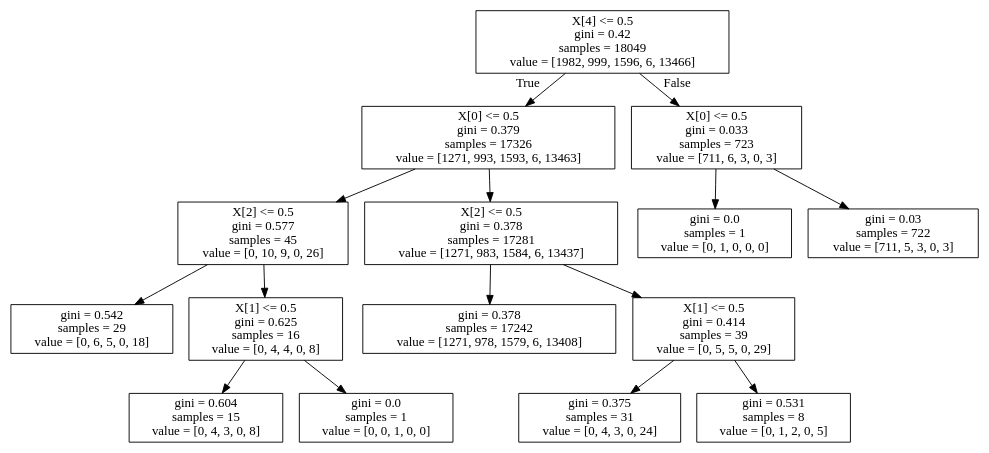
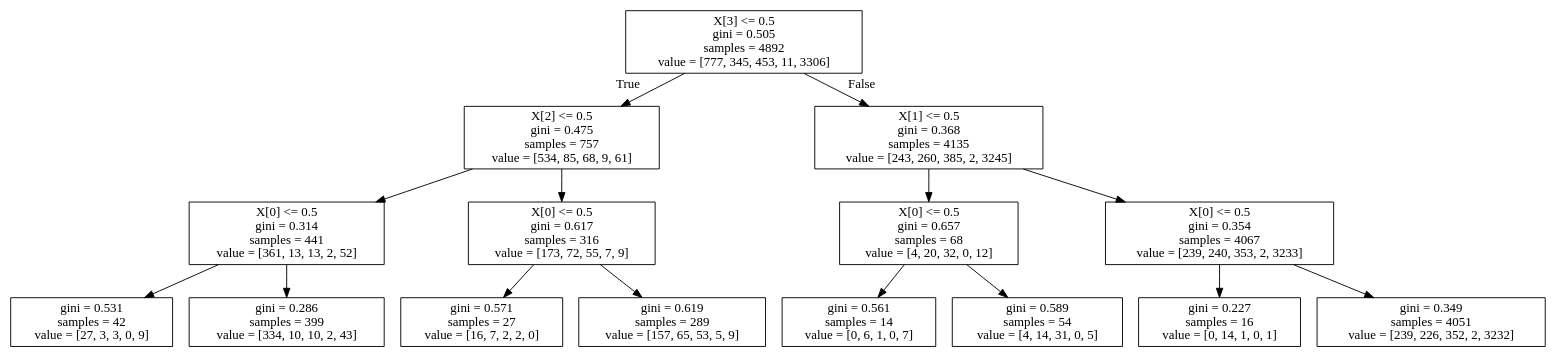
One commit to jesbu1/viper changed the diagram in data/karel/ppo/0000r1+env_task=topOff+max_depth=15+n_batch_rollou=10+max_samples=100000+max_iters=80+train_frac=0.8+is_reweight=False0.750.75/dt_policy.dot. Above: the diagram before and after it, drawn with Graphviz. The commit also changed 17 other files, not shown here.

```diff
--- a/data/karel/ppo/0000r1+env_task=topOff+max_depth=15+n_batch_rollou=10+max_samples=100000+max_iters=80+train_frac=0.8+is_reweight=False0.750.75/dt_policy.dot
+++ b/data/karel/ppo/0000r1+env_task=topOff+max_depth=15+n_batch_rollou=10+max_samples=100000+max_iters=80+train_frac=0.8+is_reweight=False0.750.75/dt_policy.dot
@@ -1,32 +1,32 @@
 digraph Tree {
 node [shape=box] ;
-0 [label="X[4] <= 0.5\ngini = 0.42\nsamples = 18049\nvalue = [1982, 999, 1596, 6, 13466]"] ;
-1 [label="X[0] <= 0.5\ngini = 0.379\nsamples = 17326\nvalue = [1271, 993, 1593, 6, 13463]"] ;
+0 [label="X[3] <= 0.5\ngini = 0.505\nsamples = 4892\nvalue = [777, 345, 453, 11, 3306]"] ;
+1 [label="X[2] <= 0.5\ngini = 0.475\nsamples = 757\nvalue = [534, 85, 68, 9, 61]"] ;
 0 -> 1 [labeldistance=2.5, labelangle=45, headlabel="True"] ;
-2 [label="X[2] <= 0.5\ngini = 0.577\nsamples = 45\nvalue = [0, 10, 9, 0, 26]"] ;
+2 [label="X[0] <= 0.5\ngini = 0.314\nsamples = 441\nvalue = [361, 13, 13, 2, 52]"] ;
 1 -> 2 ;
-3 [label="gini = 0.542\nsamples = 29\nvalue = [0, 6, 5, 0, 18]"] ;
+3 [label="gini = 0.531\nsamples = 42\nvalue = [27, 3, 3, 0, 9]"] ;
 2 -> 3 ;
-4 [label="X[1] <= 0.5\ngini = 0.625\nsamples = 16\nvalue = [0, 4, 4, 0, 8]"] ;
+4 [label="gini = 0.286\nsamples = 399\nvalue = [334, 10, 10, 2, 43]"] ;
 2 -> 4 ;
-5 [label="gini = 0.604\nsamples = 15\nvalue = [0, 4, 3, 0, 8]"] ;
-4 -> 5 ;
-6 [label="gini = 0.0\nsamples = 1\nvalue = [0, 0, 1, 0, 0]"] ;
-4 -> 6 ;
-7 [label="X[2] <= 0.5\ngini = 0.378\nsamples = 17281\nvalue = [1271, 983, 1584, 6, 13437]"] ;
-1 -> 7 ;
-8 [label="gini = 0.378\nsamples = 17242\nvalue = [1271, 978, 1579, 6, 13408]"] ;
-7 -> 8 ;
-9 [label="X[1] <= 0.5\ngini = 0.414\nsamples = 39\nvalue = [0, 5, 5, 0, 29]"] ;
-7 -> 9 ;
-10 [label="gini = 0.375\nsamples = 31\nvalue = [0, 4, 3, 0, 24]"] ;
+5 [label="X[0] <= 0.5\ngini = 0.617\nsamples = 316\nvalue = [173, 72, 55, 7, 9]"] ;
+1 -> 5 ;
+6 [label="gini = 0.571\nsamples = 27\nvalue = [16, 7, 2, 2, 0]"] ;
+5 -> 6 ;
+7 [label="gini = 0.619\nsamples = 289\nvalue = [157, 65, 53, 5, 9]"] ;
+5 -> 7 ;
+8 [label="X[1] <= 0.5\ngini = 0.368\nsamples = 4135\nvalue = [243, 260, 385, 2, 3245]"] ;
+0 -> 8 [labeldistance=2.5, labelangle=-45, headlabel="False"] ;
+9 [label="X[0] <= 0.5\ngini = 0.657\nsamples = 68\nvalue = [4, 20, 32, 0, 12]"] ;
+8 -> 9 ;
+10 [label="gini = 0.561\nsamples = 14\nvalue = [0, 6, 1, 0, 7]"] ;
 9 -> 10 ;
-11 [label="gini = 0.531\nsamples = 8\nvalue = [0, 1, 2, 0, 5]"] ;
+11 [label="gini = 0.589\nsamples = 54\nvalue = [4, 14, 31, 0, 5]"] ;
 9 -> 11 ;
-12 [label="X[0] <= 0.5\ngini = 0.033\nsamples = 723\nvalue = [711, 6, 3, 0, 3]"] ;
-0 -> 12 [labeldistance=2.5, labelangle=-45, headlabel="False"] ;
-13 [label="gini = 0.0\nsamples = 1\nvalue = [0, 1, 0, 0, 0]"] ;
+12 [label="X[0] <= 0.5\ngini = 0.354\nsamples = 4067\nvalue = [239, 240, 353, 2, 3233]"] ;
+8 -> 12 ;
+13 [label="gini = 0.227\nsamples = 16\nvalue = [0, 14, 1, 0, 1]"] ;
 12 -> 13 ;
-14 [label="gini = 0.03\nsamples = 722\nvalue = [711, 5, 3, 0, 3]"] ;
+14 [label="gini = 0.349\nsamples = 4051\nvalue = [239, 226, 352, 2, 3232]"] ;
 12 -> 14 ;
 }
```
